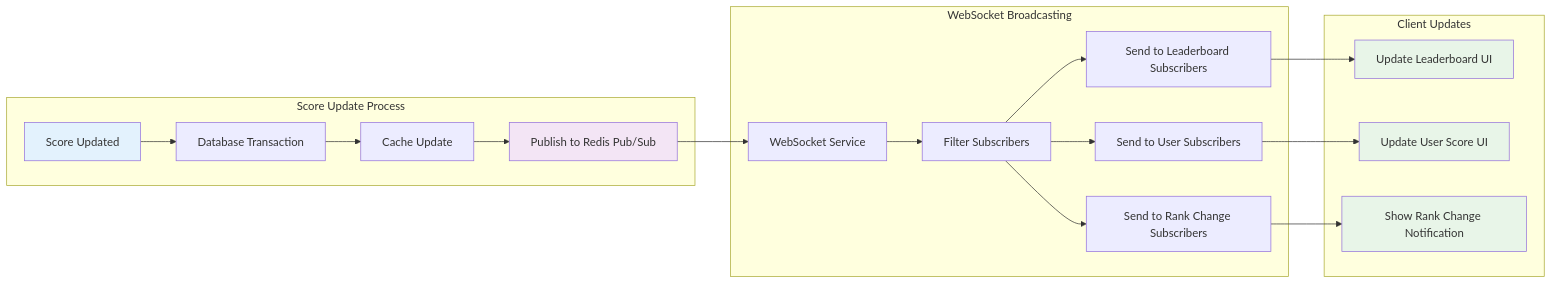
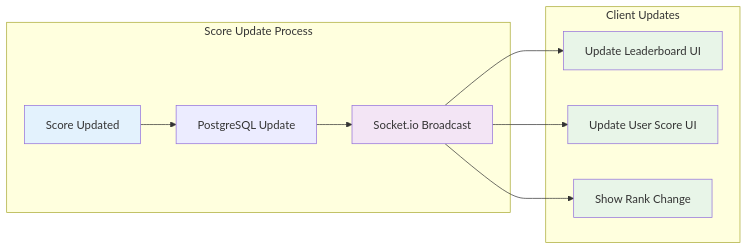
The fourth of 6 diagrams in src/problem6/execution-flow-diagrams.md (HTD2k1/code-challenge), drawn with Mermaid before and after one commit. The commit also changed other lines of this file and 2 other files, not shown here.

````diff
--- a/src/problem6/execution-flow-diagrams.md
+++ b/src/problem6/execution-flow-diagrams.md
@@ -124,28 +80,19 @@
 ```mermaid
 graph LR
     subgraph "Score Update Process"
-        A[Score Updated] --> B[Database Transaction]
-        B --> C[Cache Update]
-        C --> D[Publish to Redis Pub/Sub]
-    end
-    
-    subgraph "WebSocket Broadcasting"
-        D --> E[WebSocket Service]
-        E --> F[Filter Subscribers]
-        F --> G[Send to Leaderboard Subscribers]
-        F --> H[Send to User Subscribers]
-        F --> I[Send to Rank Change Subscribers]
+        A[Score Updated] --> B[PostgreSQL Update]
+        B --> C[Socket.io Broadcast]
     end
     
     subgraph "Client Updates"
-        G --> J[Update Leaderboard UI]
-        H --> K[Update User Score UI]
-        I --> L[Show Rank Change Notification]
+        C --> D[Update Leaderboard UI]
+        C --> E[Update User Score UI]
+        C --> F[Show Rank Change]
     end
     
     style A fill:#e3f2fd
-    style D fill:#f3e5f5
-    style J fill:#e8f5e8
-    style K fill:#e8f5e8
-    style L fill:#e8f5e8
+    style C fill:#f3e5f5
+    style D fill:#e8f5e8
+    style E fill:#e8f5e8
+    style F fill:#e8f5e8
 ```
````
